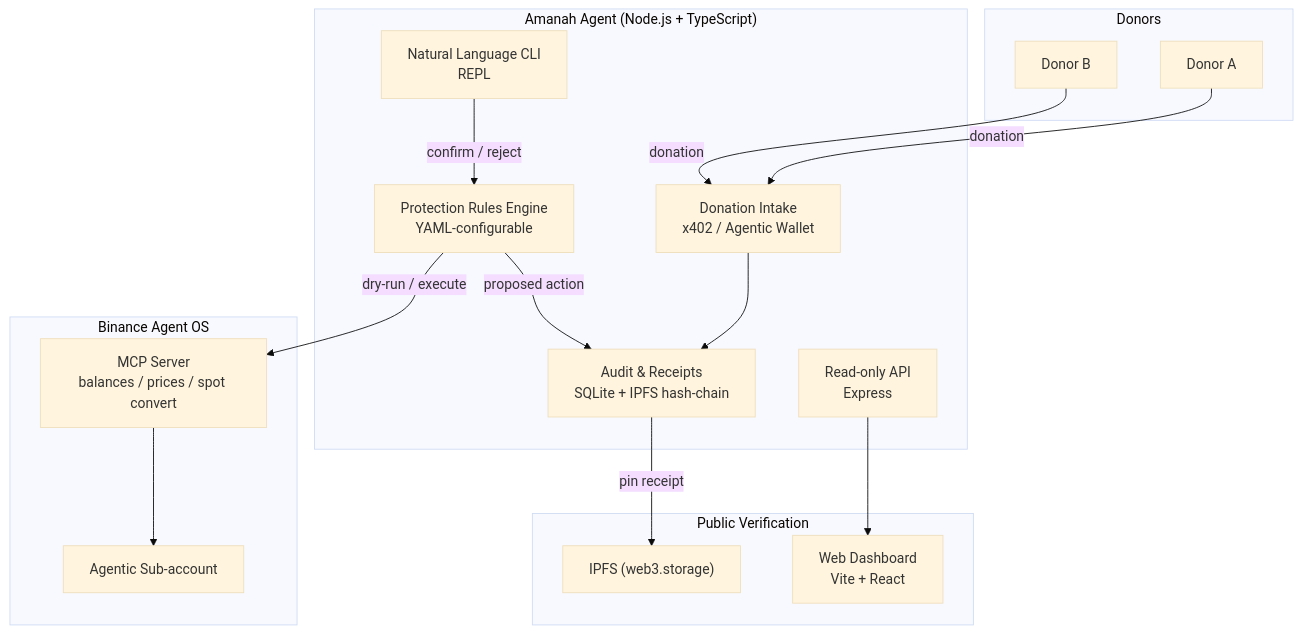
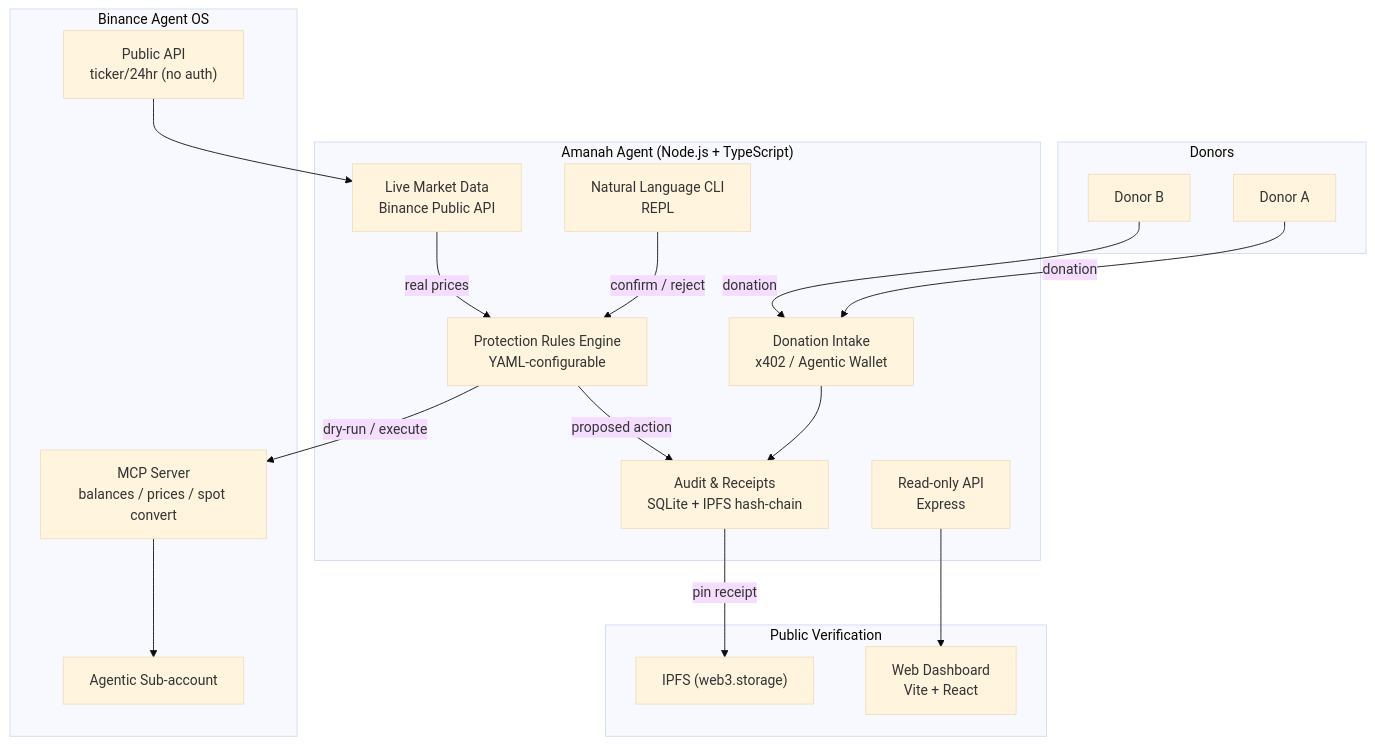
One commit to HusseinAdeiza/amanah changed the diagram in README.md. Above: the diagram before and after it, drawn with Mermaid (base theme). The commit also changed other lines of this file and 5 other files, not shown here.

Commit message:
feat: add live-demo mode with real Binance market data

````diff
--- a/README.md
+++ b/README.md
@@ -29,35 +26,39 @@
 ```mermaid
 flowchart TB
     subgraph Donors
         D1[Donor A]
         D2[Donor B]
     end
 
     subgraph AmanahAgent["Amanah Agent (Node.js + TypeScript)"]
         INTAKE["Donation Intake<br/>x402 / Agentic Wallet"]
         RULES["Protection Rules Engine<br/>YAML-configurable"]
         AUDIT["Audit & Receipts<br/>SQLite + IPFS hash-chain"]
         CLI["Natural Language CLI<br/>REPL"]
         API["Read-only API<br/>Express"]
+        LIVE["Live Market Data<br/>Binance Public API"]
     end
 
     subgraph Binance["Binance Agent OS"]
         MCP["MCP Server<br/>balances / prices / spot convert"]
         WALLET["Agentic Sub-account"]
+        PAPI["Public API<br/>ticker/24hr (no auth)"]
     end
 
     subgraph Public["Public Verification"]
         IPFS["IPFS (web3.storage)"]
         DASH["Web Dashboard<br/>Vite + React"]
     end
 
     D1 -->|donation| INTAKE
     D2 -->|donation| INTAKE
     INTAKE --> AUDIT
     RULES -->|proposed action| AUDIT
     CLI -->|confirm / reject| RULES
     API --> DASH
     RULES -->|dry-run / execute| MCP
     MCP --> WALLET
+    LIVE -->|real prices| RULES
+    PAPI --> LIVE
     AUDIT -->|pin receipt| IPFS
 ```
````
